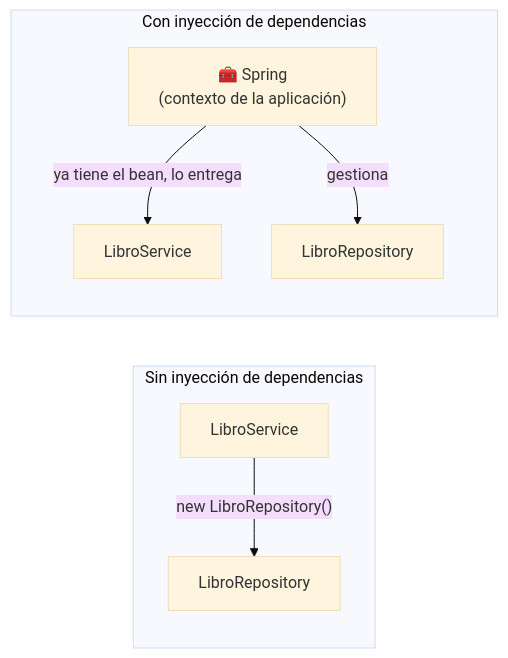
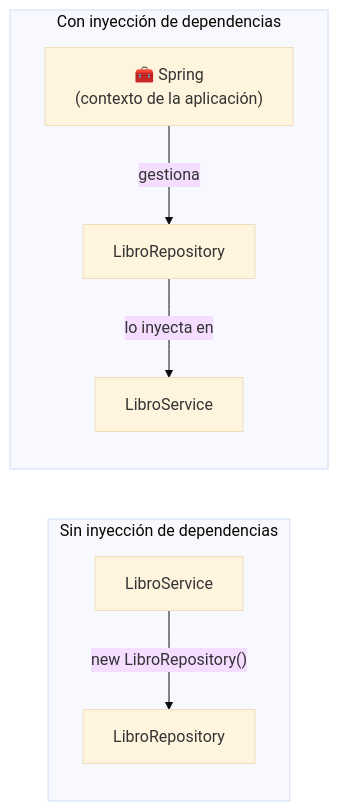
Before and after one commit to aitorventura/acceso-a-datos: the fourth of 4 diagrams in docs/tema1/spring-boot-fundamentos.md, drawn with Mermaid (base theme). The commit also changed other lines of this file and 9 other files, not shown here.

````diff
--- a/docs/tema1/spring-boot-fundamentos.md
+++ b/docs/tema1/spring-boot-fundamentos.md
@@ -136,10 +174,15 @@
 ```mermaid
 flowchart LR
     subgraph manual["Sin inyección de dependencias"]
         A["LibroService"] -- "new LibroRepository()" --> B["LibroRepository"]
     end
+
     subgraph di["Con inyección de dependencias"]
-        C["🧰 Spring<br/>(contexto de la aplicación)"] -- "ya tiene el bean, lo entrega" --> D["LibroService"]
-        C -- "gestiona" --> E["LibroRepository"]
+        C["🧰 Spring<br/>(contexto de la aplicación)"]
+        E["LibroRepository"]
+        D["LibroService"]
+
+        C -- "gestiona" --> E
+        E -- "lo inyecta en" --> D
     end
 ```
````
